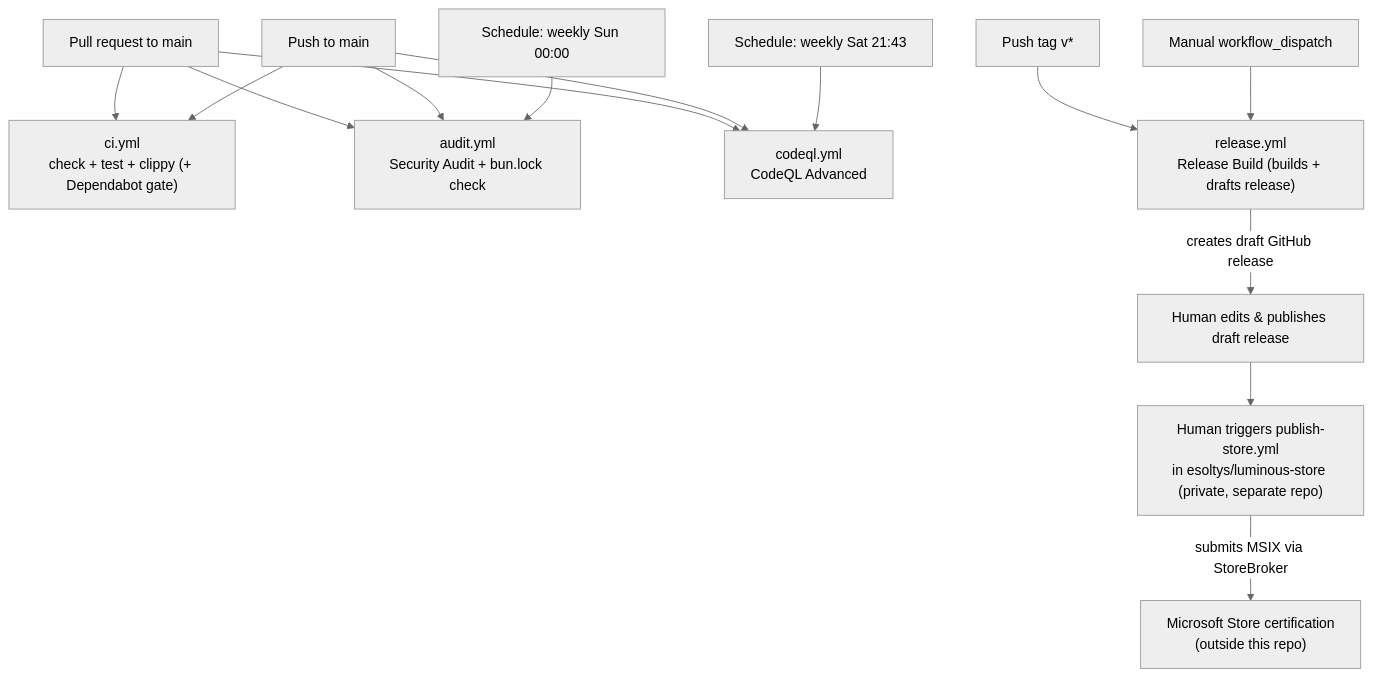
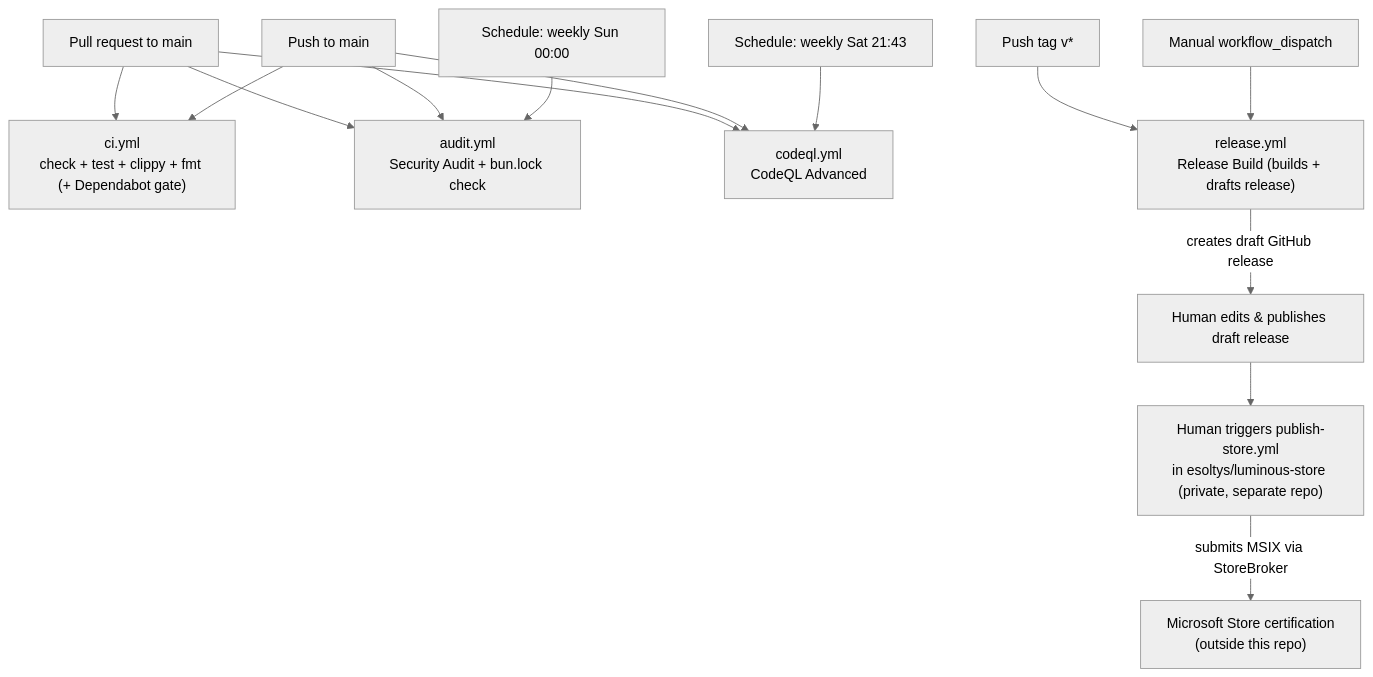
Before and after one commit to esoltys/luminous: the diagram in docs/CI.md, drawn with Mermaid (neutral theme). The commit also changed other lines of this file and 1 other file, not shown here.

Commit message:
ci: add cargo fmt --check job to catch Rust formatting drift (#1234)

````diff
--- a/docs/CI.md
+++ b/docs/CI.md
@@ -109,32 +111,32 @@
 ```mermaid
 flowchart TD
     PR["Pull request to main"]
     PushMainNext["Push to main"]
     Schedule1["Schedule: weekly Sun 00:00"]
     Schedule2["Schedule: weekly Sat 21:43"]
     TagPush["Push tag v*"]
     ManualDispatch1["Manual workflow_dispatch"]
 
-    CI["ci.yml\ncheck + test + clippy (+ Dependabot gate)"]
+    CI["ci.yml\ncheck + test + clippy + fmt (+ Dependabot gate)"]
     Audit["audit.yml\nSecurity Audit + bun.lock check"]
     CodeQL["codeql.yml\nCodeQL Advanced"]
     Release["release.yml\nRelease Build (builds + drafts release)"]
 
     PR --> CI
     PushMainNext --> CI
 
     PR --> Audit
     PushMainNext --> Audit
     Schedule1 --> Audit
 
     PR --> CodeQL
     PushMainNext --> CodeQL
     Schedule2 --> CodeQL
 
     TagPush --> Release
     ManualDispatch1 --> Release
 
     Release -->|creates draft GitHub release| HumanPublish["Human edits & publishes draft release"]
     HumanPublish --> ManualStore["Human triggers publish-store.yml\nin esoltys/luminous-store (private, separate repo)"]
     ManualStore -->|submits MSIX via StoreBroker| MSStore["Microsoft Store certification\n(outside this repo)"]
 ```
````
